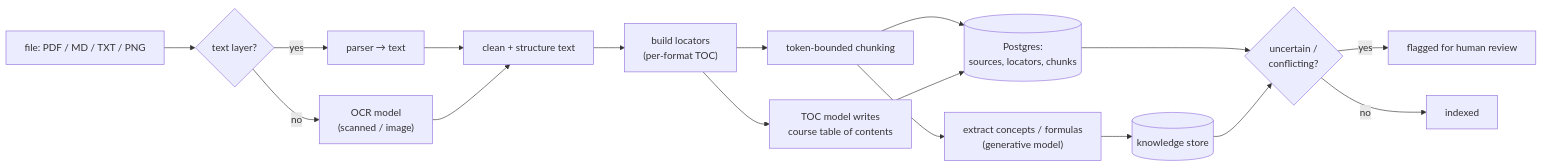
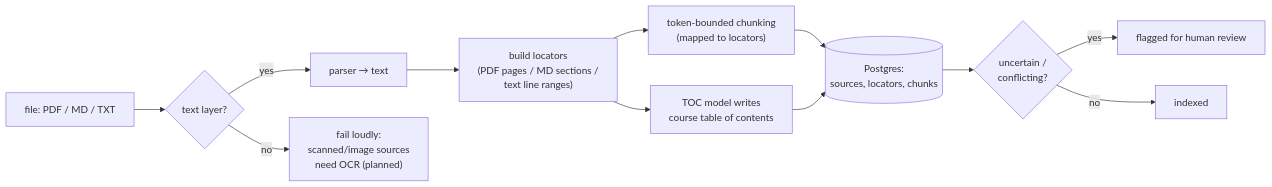
Before and after one commit to RileyK05/Stacks: diagram 15 of 19 in system.md, drawn with Mermaid. The commit also changed other lines of this file and 18 other files, not shown here.

````diff
--- a/system.md
+++ b/system.md
@@ -705,19 +711,14 @@
 ```mermaid
 flowchart LR
-    F["file: PDF / MD / TXT / PNG"] --> TYPE{text layer?}
+    F["file: PDF / MD / TXT"] --> TYPE{text layer?}
     TYPE -->|yes| PARSE["parser → text"]
-    TYPE -->|no| OCR["OCR model<br/>(scanned / image)"]
-    PARSE --> CLEAN
-    OCR --> CLEAN["clean + structure text"]
-    CLEAN --> LOC["build locators<br/>(per-format TOC)"]
-    LOC --> CHUNK["token-bounded chunking"]
+    TYPE -->|no| REVIEW_QUEUE["fail loudly:<br/>scanned/image sources<br/>need OCR (planned)"]
+    PARSE --> LOC["build locators<br/>(PDF pages / MD sections /<br/>text line ranges)"]
+    LOC --> CHUNK["token-bounded chunking<br/>(mapped to locators)"]
     CHUNK --> DB[("Postgres:<br/>sources, locators, chunks")]
-    CHUNK --> EXTRACT["extract concepts / formulas<br/>(generative model)"]
-    EXTRACT --> MEM[("knowledge store")]
     LOC --> TOC["TOC model writes<br/>course table of contents"]
     TOC --> DB
     DB --> REVIEW{"uncertain /<br/>conflicting?"}
-    MEM --> REVIEW
     REVIEW -->|yes| QUEUE["flagged for human review"]
     REVIEW -->|no| DONE["indexed"]
 ```
````
